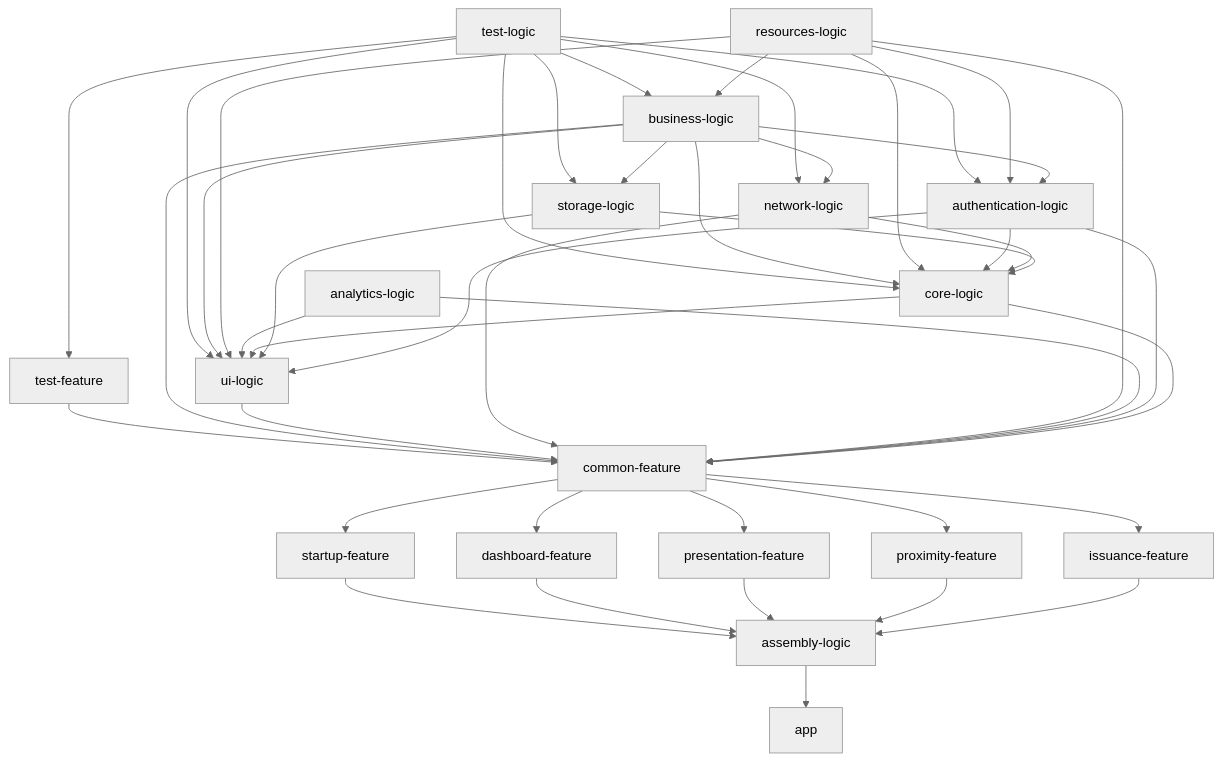
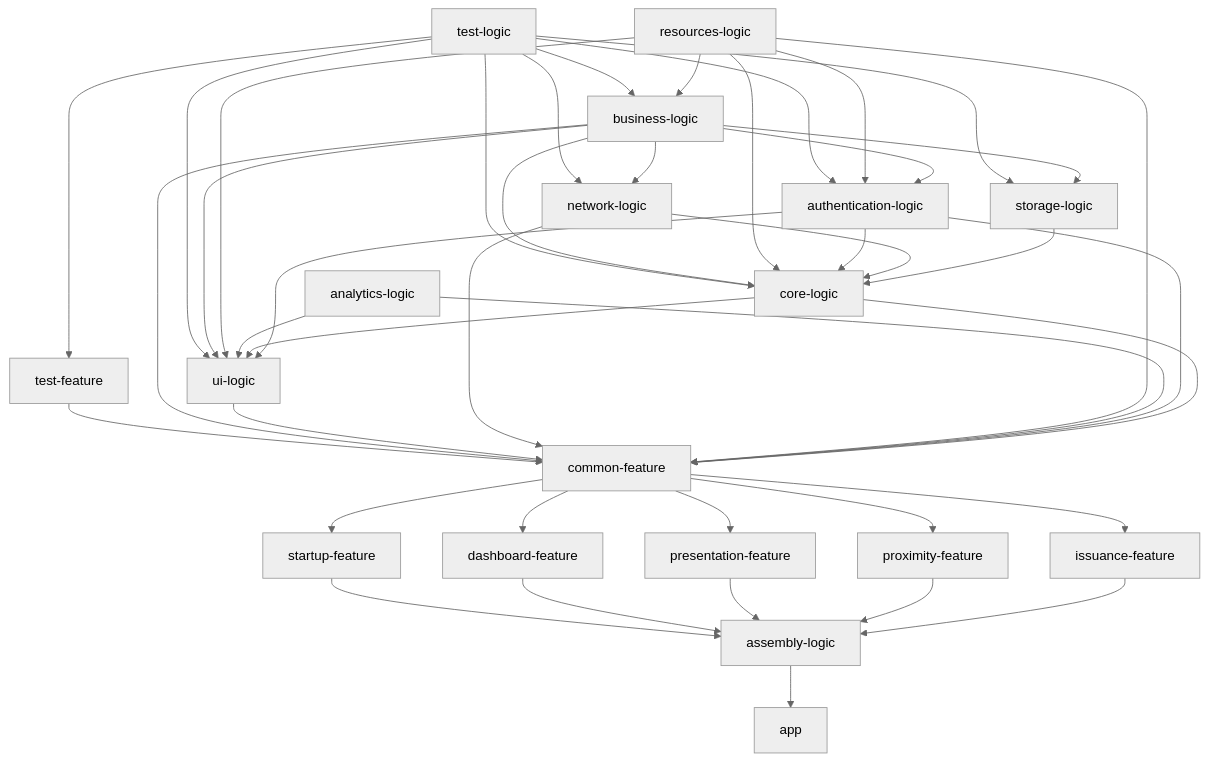
One commit to eu-digital-identity-wallet/eudi-app-android-wallet-ui changed the diagram in README.md. Above: the diagram before and after it, drawn with Mermaid (neutral theme). The commit also changed 2 other files, not shown here.

Commit message:
Remove unused version catalog entries and ui-logic's storage-logic
- libs.versions.toml: 25 library entries and the protobuf plugin entry
  that no build file references, and the 17 versions only they used.
- ui-logic: storage-logic, which nothing in the module uses; core-logic
  still brings it at runtime. README module graph updated.

````diff
--- a/README.md
+++ b/README.md
@@ -330,56 +330,55 @@
 ```mermaid
 graph TD;
   assembly-logic --> app
 
   startup-feature --> assembly-logic
   dashboard-feature --> assembly-logic
   presentation-feature --> assembly-logic
   proximity-feature --> assembly-logic
   issuance-feature --> assembly-logic
   
   test-logic --> test-feature
   test-feature --> common-feature
   
   test-logic --> business-logic
   test-logic --> ui-logic
   test-logic --> network-logic
   test-logic --> authentication-logic
   test-logic --> core-logic
   test-logic --> storage-logic
 
   common-feature --> startup-feature
   common-feature --> dashboard-feature
   common-feature --> presentation-feature
   common-feature --> proximity-feature
   common-feature --> issuance-feature
 
   business-logic --> common-feature
   ui-logic --> common-feature
   network-logic --> common-feature
   resources-logic --> common-feature
   analytics-logic --> common-feature 
   authentication-logic --> common-feature 
   core-logic --> common-feature
 
   business-logic --> core-logic
   resources-logic --> core-logic
   authentication-logic --> core-logic
   network-logic --> core-logic
   storage-logic --> core-logic
 
   business-logic --> ui-logic
   resources-logic --> ui-logic
   analytics-logic --> ui-logic
   core-logic --> ui-logic
-  storage-logic --> ui-logic
   authentication-logic --> ui-logic
 
   business-logic --> network-logic
   
   business-logic --> storage-logic
 
   resources-logic --> business-logic
 
   resources-logic --> authentication-logic
   business-logic --> authentication-logic
 ```
````
